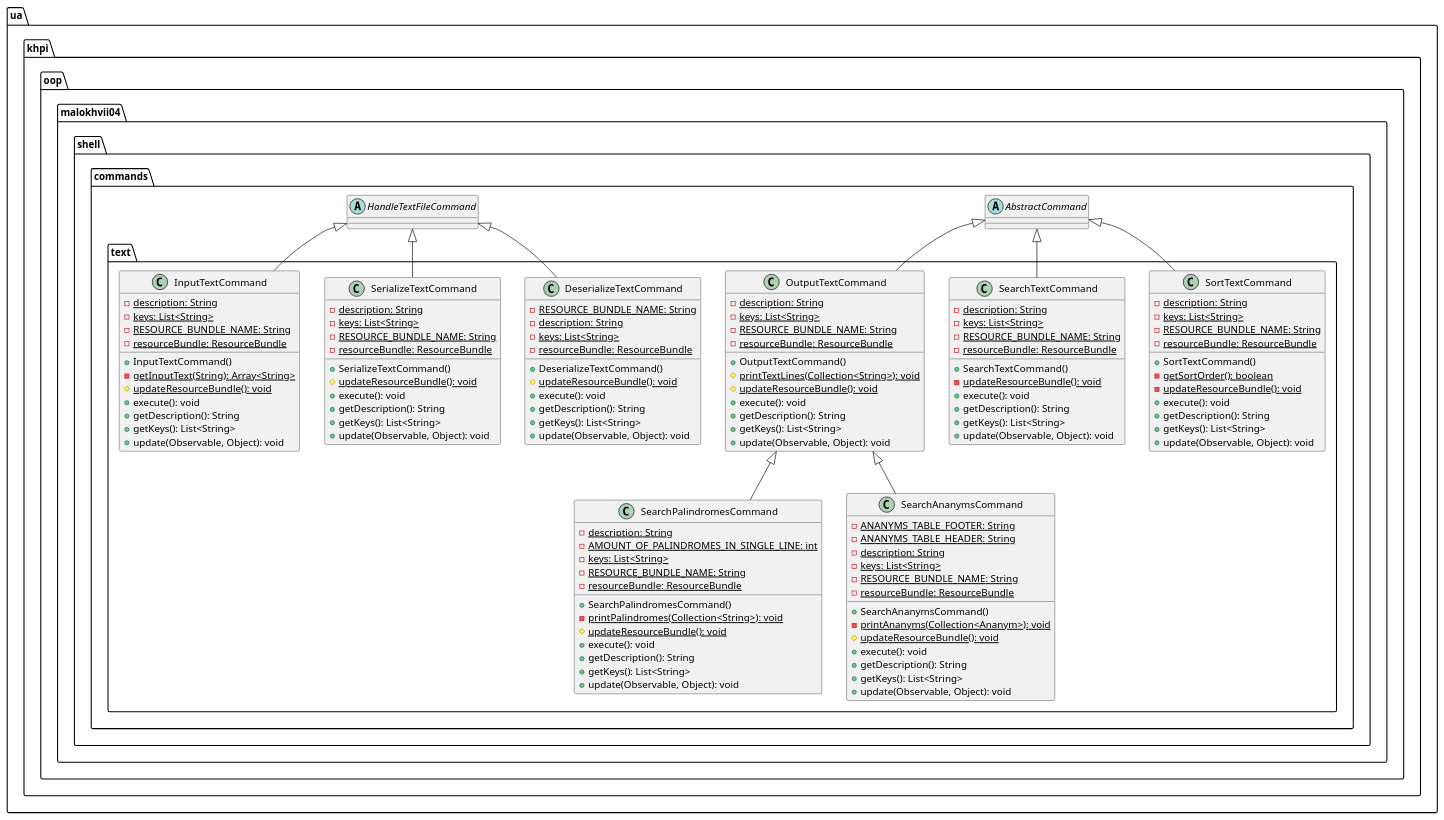
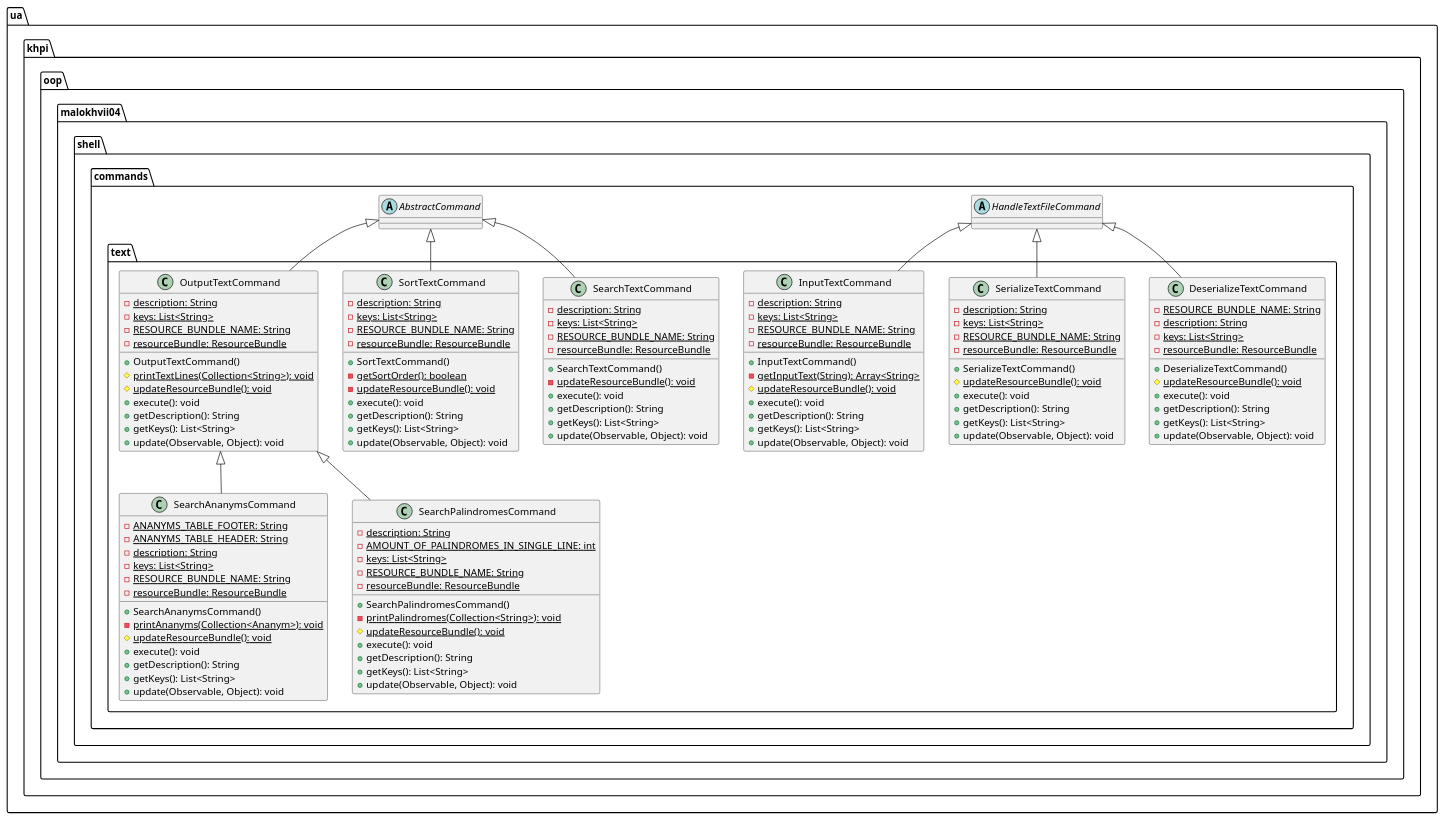
The diagram in malokhvii-eduard/malokhvii04/doc/plantuml/ua/khpi/oop/malokhvii04/shell/commands/text/package.puml (P-Kalin/kit26a), drawn with PlantUML before and after one commit. The commit also changed other lines of this file and 63 other files, not shown here.

Commit message:
#2 malokhvii04: update graphs

```diff
--- a/malokhvii-eduard/malokhvii04/doc/plantuml/ua/khpi/oop/malokhvii04/shell/commands/text/package.puml
+++ b/malokhvii-eduard/malokhvii04/doc/plantuml/ua/khpi/oop/malokhvii04/shell/commands/text/package.puml
@@ -1,137 +1,137 @@
 @startuml
 
     namespace ua.khpi.oop.malokhvii04.shell.commands.text {
 
-        class SortTextCommand {
+        class DeserializeTextCommand {
+            {static} -RESOURCE_BUNDLE_NAME: String
             {static} -description: String
             {static} -keys: List<String>
-            {static} -RESOURCE_BUNDLE_NAME: String
             {static} -resourceBundle: ResourceBundle
-            +SortTextCommand()
-            {static} -getSortOrder(): boolean
-            {static} -updateResourceBundle(): void
+            +DeserializeTextCommand()
+            {static} #updateResourceBundle(): void
             +execute(): void
             +getDescription(): String
             +getKeys(): List<String>
             +update(Observable, Object): void
         }
 
         class SerializeTextCommand {
             {static} -description: String
             {static} -keys: List<String>
             {static} -RESOURCE_BUNDLE_NAME: String
             {static} -resourceBundle: ResourceBundle
             +SerializeTextCommand()
             {static} #updateResourceBundle(): void
             +execute(): void
             +getDescription(): String
             +getKeys(): List<String>
             +update(Observable, Object): void
         }
 
-        class SearchTextCommand {
+        class OutputTextCommand {
             {static} -description: String
             {static} -keys: List<String>
             {static} -RESOURCE_BUNDLE_NAME: String
             {static} -resourceBundle: ResourceBundle
-            +SearchTextCommand()
-            {static} -updateResourceBundle(): void
-            +execute(): void
-            +getDescription(): String
-            +getKeys(): List<String>
-            +update(Observable, Object): void
-        }
-
-        class SearchPalindromesCommand {
-            {static} -description: String
-            {static} -AMOUNT_OF_PALINDROMES_IN_SINGLE_LINE: int
-            {static} -keys: List<String>
-            {static} -RESOURCE_BUNDLE_NAME: String
-            {static} -resourceBundle: ResourceBundle
-            +SearchPalindromesCommand()
-            {static} -printPalindromes(Collection<String>): void
+            +OutputTextCommand()
+            {static} #printTextLines(Collection<String>): void
             {static} #updateResourceBundle(): void
             +execute(): void
             +getDescription(): String
             +getKeys(): List<String>
             +update(Observable, Object): void
         }
 
         class SearchAnanymsCommand {
             {static} -ANANYMS_TABLE_FOOTER: String
             {static} -ANANYMS_TABLE_HEADER: String
             {static} -description: String
             {static} -keys: List<String>
             {static} -RESOURCE_BUNDLE_NAME: String
             {static} -resourceBundle: ResourceBundle
             +SearchAnanymsCommand()
             {static} -printAnanyms(Collection<Ananym>): void
             {static} #updateResourceBundle(): void
             +execute(): void
             +getDescription(): String
             +getKeys(): List<String>
             +update(Observable, Object): void
         }
 
-        class OutputTextCommand {
-            {static} -description: String
-            {static} -keys: List<String>
-            {static} -RESOURCE_BUNDLE_NAME: String
-            {static} -resourceBundle: ResourceBundle
-            +OutputTextCommand()
-            {static} #printTextLines(Collection<String>): void
-            {static} #updateResourceBundle(): void
-            +execute(): void
-            +getDescription(): String
-            +getKeys(): List<String>
-            +update(Observable, Object): void
-        }
-
         class InputTextCommand {
             {static} -description: String
             {static} -keys: List<String>
             {static} -RESOURCE_BUNDLE_NAME: String
             {static} -resourceBundle: ResourceBundle
             +InputTextCommand()
             {static} -getInputText(String): Array<String>
             {static} #updateResourceBundle(): void
             +execute(): void
             +getDescription(): String
             +getKeys(): List<String>
             +update(Observable, Object): void
         }
 
-        class DeserializeTextCommand {
-            {static} -RESOURCE_BUNDLE_NAME: String
+        class SortTextCommand {
             {static} -description: String
             {static} -keys: List<String>
+            {static} -RESOURCE_BUNDLE_NAME: String
             {static} -resourceBundle: ResourceBundle
-            +DeserializeTextCommand()
+            +SortTextCommand()
+            {static} -getSortOrder(): boolean
+            {static} -updateResourceBundle(): void
+            +execute(): void
+            +getDescription(): String
+            +getKeys(): List<String>
+            +update(Observable, Object): void
+        }
+
+        class SearchPalindromesCommand {
+            {static} -description: String
+            {static} -AMOUNT_OF_PALINDROMES_IN_SINGLE_LINE: int
+            {static} -keys: List<String>
+            {static} -RESOURCE_BUNDLE_NAME: String
+            {static} -resourceBundle: ResourceBundle
+            +SearchPalindromesCommand()
+            {static} -printPalindromes(Collection<String>): void
             {static} #updateResourceBundle(): void
             +execute(): void
             +getDescription(): String
             +getKeys(): List<String>
             +update(Observable, Object): void
         }
 
-        abstract class ua.khpi.oop.malokhvii04.shell.commands.AbstractCommand
-        ua.khpi.oop.malokhvii04.shell.commands.AbstractCommand <|-- SortTextCommand
+        class SearchTextCommand {
+            {static} -description: String
+            {static} -keys: List<String>
+            {static} -RESOURCE_BUNDLE_NAME: String
+            {static} -resourceBundle: ResourceBundle
+            +SearchTextCommand()
+            {static} -updateResourceBundle(): void
+            +execute(): void
+            +getDescription(): String
+            +getKeys(): List<String>
+            +update(Observable, Object): void
+        }
 
         abstract class ua.khpi.oop.malokhvii04.shell.commands.HandleTextFileCommand
+        ua.khpi.oop.malokhvii04.shell.commands.HandleTextFileCommand <|-- DeserializeTextCommand
+
         ua.khpi.oop.malokhvii04.shell.commands.HandleTextFileCommand <|-- SerializeTextCommand
 
-        ua.khpi.oop.malokhvii04.shell.commands.AbstractCommand <|-- SearchTextCommand
+        abstract class ua.khpi.oop.malokhvii04.shell.commands.AbstractCommand
+        ua.khpi.oop.malokhvii04.shell.commands.AbstractCommand <|-- OutputTextCommand
+
+        OutputTextCommand <|-- SearchAnanymsCommand
+
+        ua.khpi.oop.malokhvii04.shell.commands.HandleTextFileCommand <|-- InputTextCommand
+
+        ua.khpi.oop.malokhvii04.shell.commands.AbstractCommand <|-- SortTextCommand
 
         OutputTextCommand <|-- SearchPalindromesCommand
 
-        OutputTextCommand <|-- SearchAnanymsCommand
-
-        ua.khpi.oop.malokhvii04.shell.commands.AbstractCommand <|-- OutputTextCommand
-
-        ua.khpi.oop.malokhvii04.shell.commands.HandleTextFileCommand <|-- InputTextCommand
-
-        ua.khpi.oop.malokhvii04.shell.commands.HandleTextFileCommand <|-- DeserializeTextCommand
+        ua.khpi.oop.malokhvii04.shell.commands.AbstractCommand <|-- SearchTextCommand
 
     }
 
 @enduml
```
